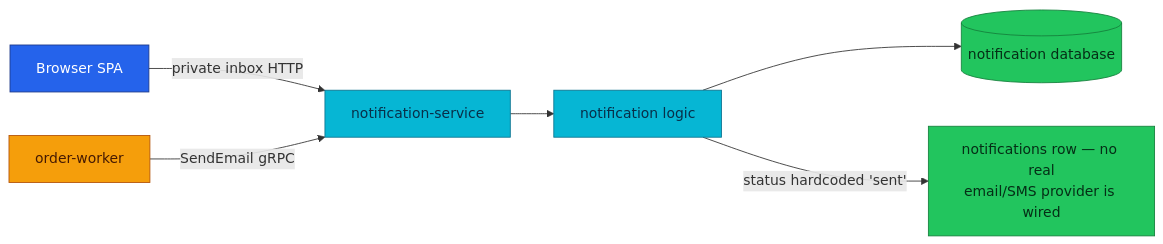
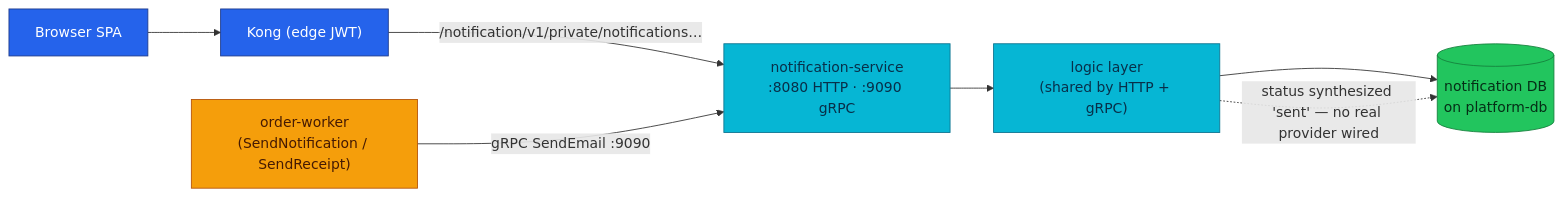
One commit to duynhlab/homelab changed the diagram in docs/api/notification.md. Above: the diagram before and after it, drawn with Mermaid. The commit also changed other lines of this file and 20 other files, not shown here.

````diff
--- a/docs/api/notification.md
+++ b/docs/api/notification.md
@@ -21,17 +55,18 @@
 ```mermaid
 flowchart LR
-    SPA[Browser SPA] -->|private inbox HTTP| Notification[notification-service]
-    Worker[order-worker] -->|SendEmail gRPC| Notification
-    Notification --> Logic[notification logic]
-    Logic --> DB[(notification database)]
-    Logic -->|status hardcoded 'sent'| DB2[notifications row — no real\nemail/SMS provider is wired]
+    SPA["Browser SPA"] --> Kong["Kong (edge JWT)"]
+    Kong -->|"/notification/v1/private/notifications…"| NOTIF["notification-service<br/>:8080 HTTP · :9090 gRPC"]
+    Worker["order-worker<br/>(SendNotification / SendReceipt)"] -->|"gRPC SendEmail :9090"| NOTIF
+    NOTIF --> Logic["logic layer<br/>(shared by HTTP + gRPC)"]
+    Logic --> DB[("notification DB<br/>on platform-db")]
+    Logic -.->|"status synthesized 'sent' — no real provider wired"| DB
 
     classDef edge fill:#2563eb,color:#fff,stroke:#1e3a8a;
     classDef service fill:#06b6d4,color:#082f49,stroke:#0e7490;
     classDef worker fill:#f59e0b,color:#451a03,stroke:#b45309;
     classDef data fill:#22c55e,color:#052e16,stroke:#15803d;
-    class SPA edge;
-    class Notification,Logic service;
+    class SPA,Kong edge;
+    class NOTIF,Logic service;
     class Worker worker;
-    class DB,DB2 data;
+    class DB data;
 ```
````
